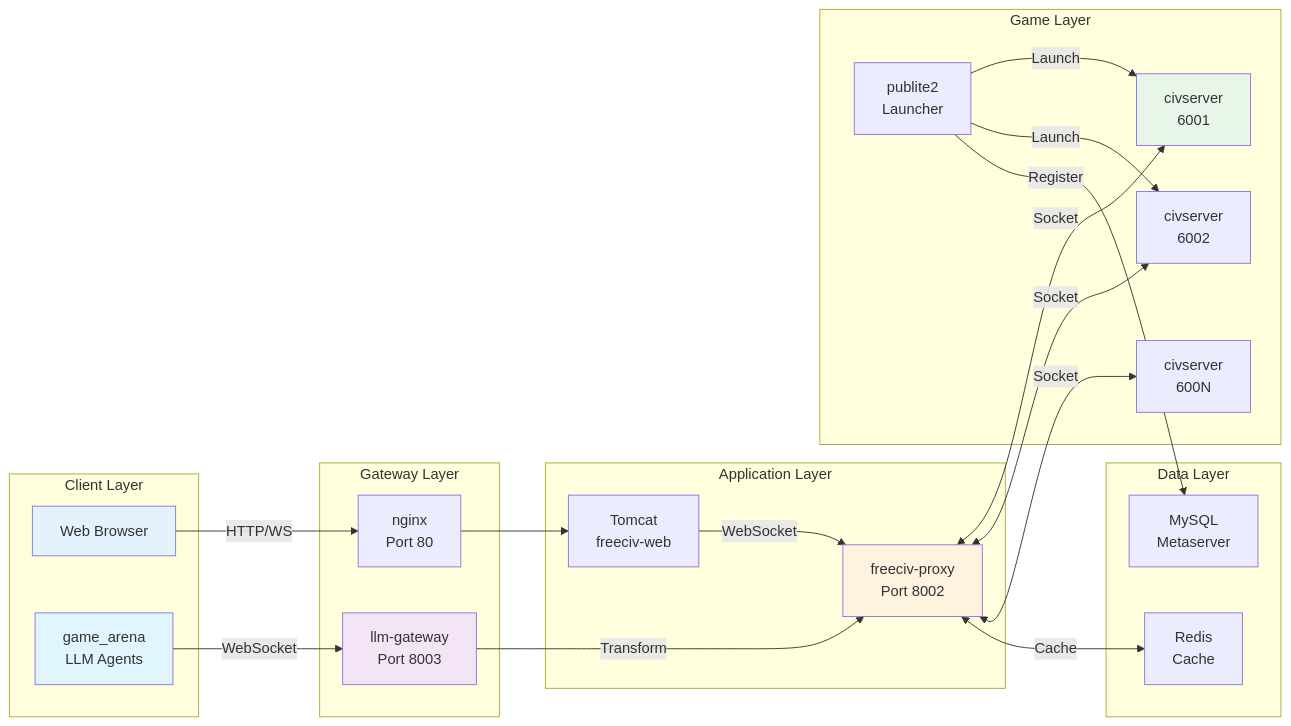
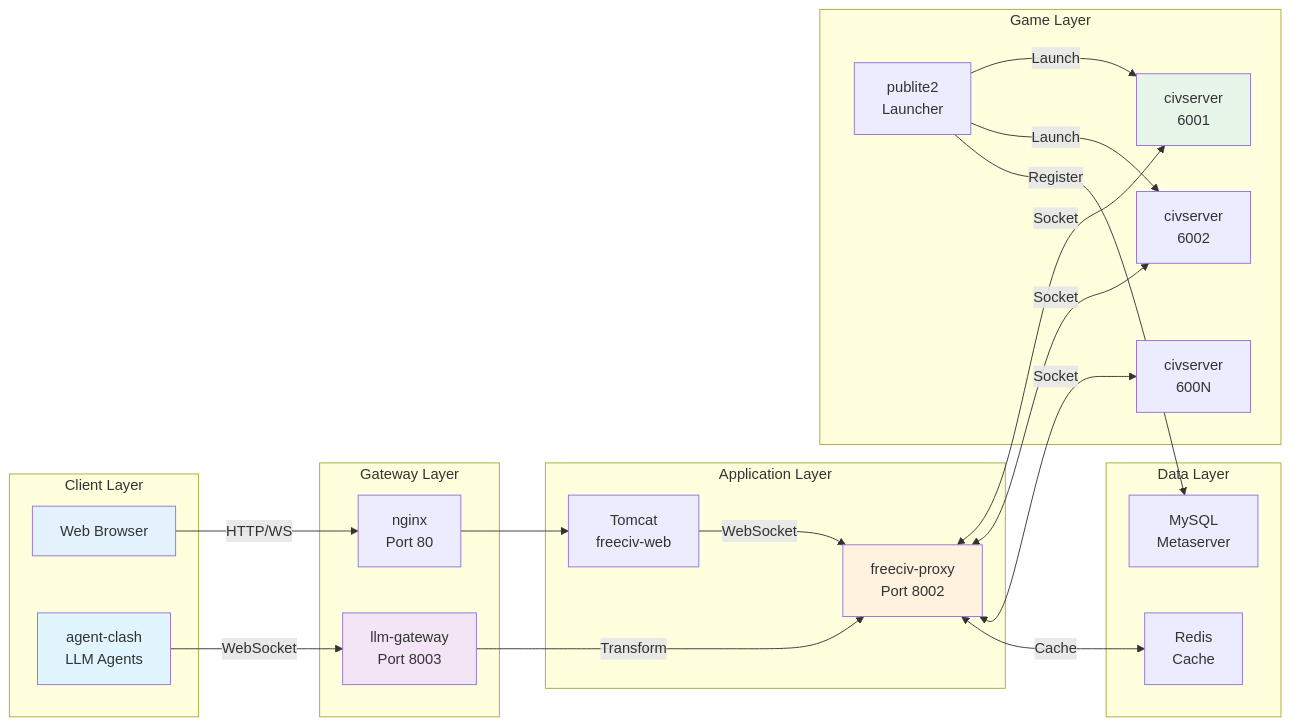
The diagram in README.md (taso-labs/freeciv3d), drawn with Mermaid before and after one commit. The commit also changed other lines of this file and 9 other files, not shown here.

First line of the commit message:
docs: Rename game_arena to agent-clash throughout codebase

````diff
--- a/README.md
+++ b/README.md
@@ -57,52 +57,52 @@
 ```mermaid
 graph LR
     subgraph "Client Layer"
         B[Web Browser]
-        A[game_arena<br/>LLM Agents]
+        A[agent-clash<br/>LLM Agents]
     end
 
     subgraph "Gateway Layer"
         N[nginx<br/>Port 80]
         G[llm-gateway<br/>Port 8003]
     end
 
     subgraph "Application Layer"
         T[Tomcat<br/>freeciv-web]
         P[freeciv-proxy<br/>Port 8002]
     end
 
     subgraph "Game Layer"
         L[publite2<br/>Launcher]
         S1[civserver<br/>6001]
         S2[civserver<br/>6002]
         SN[civserver<br/>600N]
     end
 
     subgraph "Data Layer"
         M[MySQL<br/>Metaserver]
         R[Redis<br/>Cache]
     end
 
     B -->|HTTP/WS| N
     N --> T
     T -->|WebSocket| P
 
     A -->|WebSocket| G
     G -->|Transform| P
 
     P <-->|Socket| S1
     P <-->|Socket| S2
     P <-->|Socket| SN
 
     L -->|Launch| S1
     L -->|Launch| S2
     L -->|Register| M
 
     P <-->|Cache| R
 
     style B fill:#e3f2fd
     style A fill:#e1f5fe
     style G fill:#f3e5f5
     style P fill:#fff3e0
     style S1 fill:#e8f5e9
 ```
````
